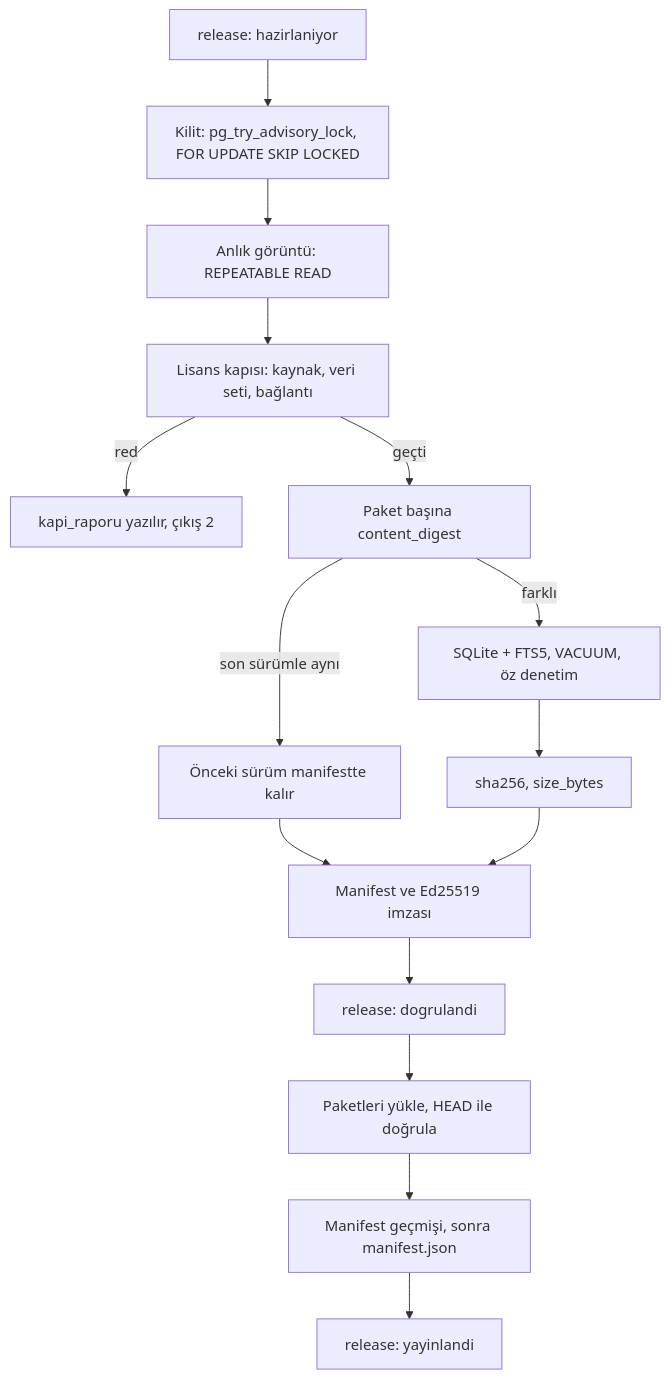
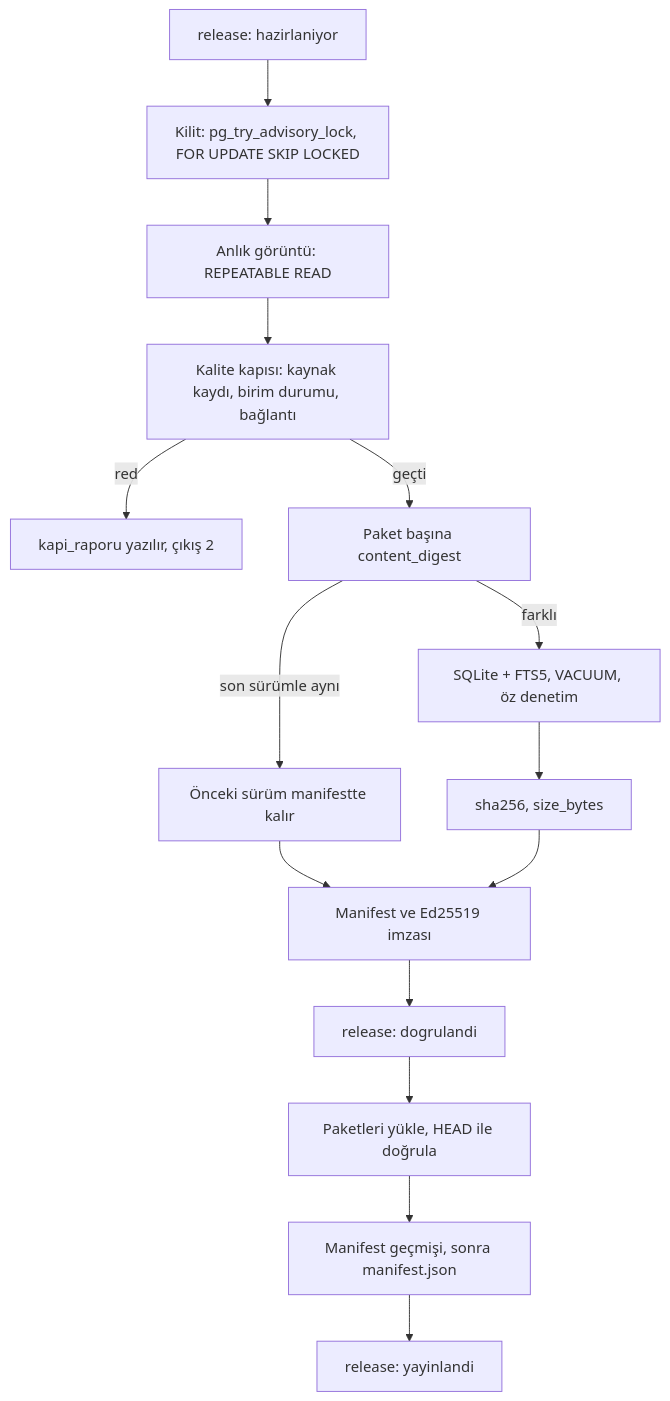
One commit to karasaid379-hue/mutalaa changed the diagram in docs/02-mimari/05-backend-api.md. Above: the diagram before and after it, drawn with Mermaid. The commit also changed other lines of this file and 39 other files, not shown here.

````diff
--- a/docs/02-mimari/05-backend-api.md
+++ b/docs/02-mimari/05-backend-api.md
@@ -237,17 +234,17 @@
 ```mermaid
 flowchart TD
   A["release: hazirlaniyor"] --> B["Kilit: pg_try_advisory_lock, FOR UPDATE SKIP LOCKED"]
   B --> C["Anlık görüntü: REPEATABLE READ"]
-  C --> D["Lisans kapısı: kaynak, veri seti, bağlantı"]
+  C --> D["Kalite kapısı: kaynak kaydı, birim durumu, bağlantı"]
   D -->|"red"| X["kapi_raporu yazılır, çıkış 2"]
   D -->|"geçti"| E["Paket başına content_digest"]
   E -->|"son sürümle aynı"| F["Önceki sürüm manifestte kalır"]
   E -->|"farklı"| G["SQLite + FTS5, VACUUM, öz denetim"]
   G --> H["sha256, size_bytes"]
   F --> I["Manifest ve Ed25519 imzası"]
   H --> I
   I --> J["release: dogrulandi"]
   J --> K["Paketleri yükle, HEAD ile doğrula"]
   K --> L["Manifest geçmişi, sonra manifest.json"]
   L --> M["release: yayinlandi"]
 ```
````
